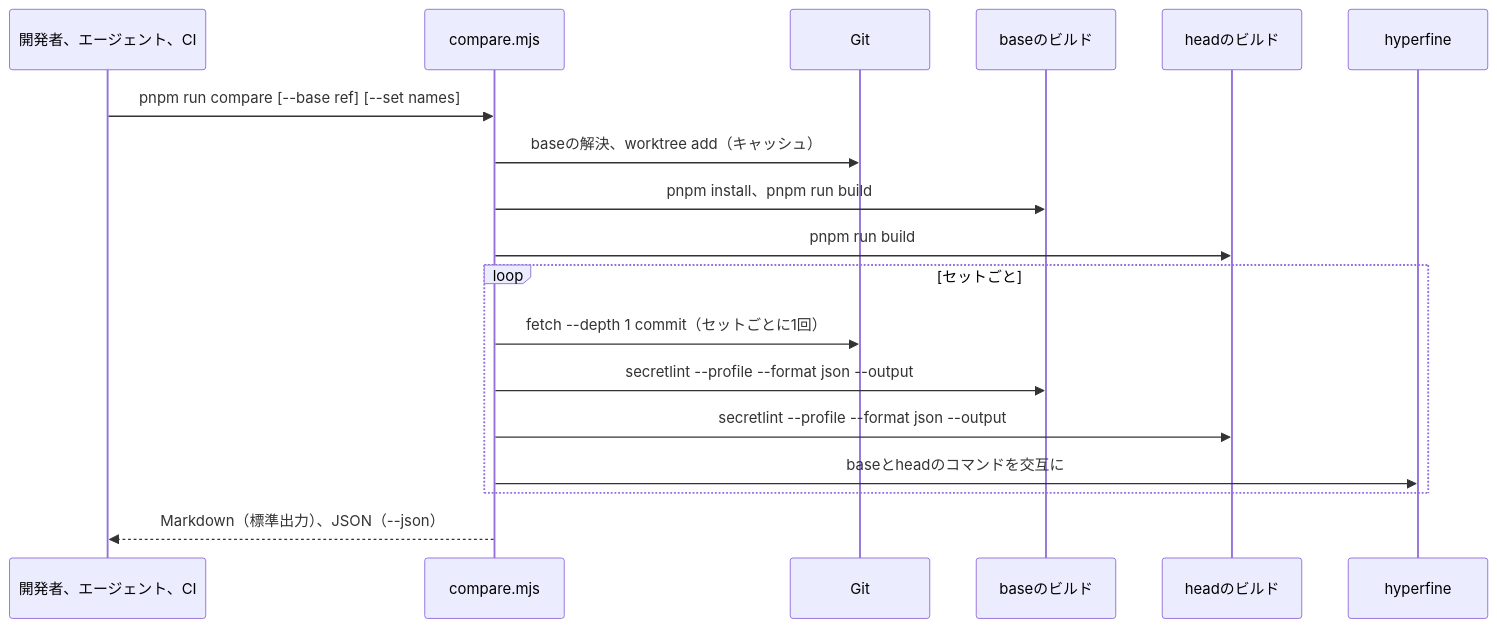
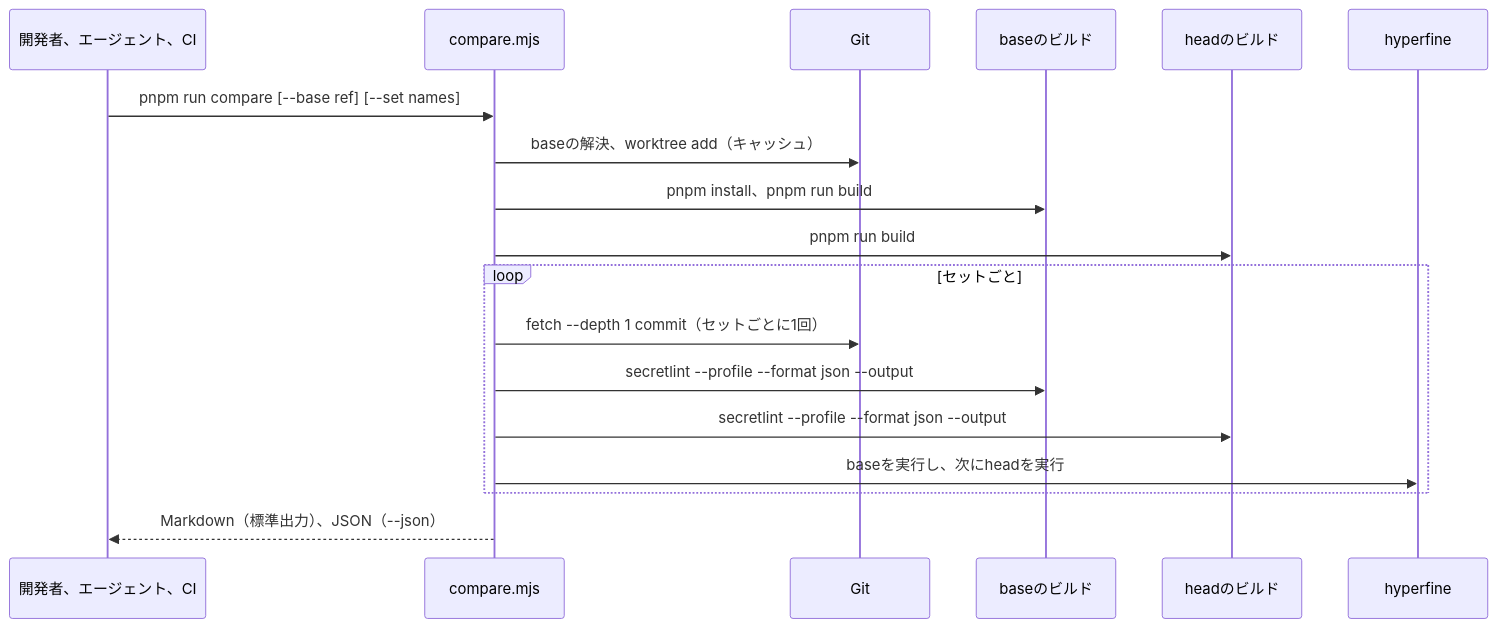
Before and after one commit to secretlint/secretlint: the diagram in docs/products/secretlint/features/change-comparison/design.ja.md, drawn with Mermaid. The commit also changed other lines of this file and 9 other files, not shown here.

````diff
--- a/docs/products/secretlint/features/change-comparison/design.ja.md
+++ b/docs/products/secretlint/features/change-comparison/design.ja.md
@@ -50,20 +50,20 @@
 ```mermaid
 sequenceDiagram
     participant Dev as 開発者、エージェント、CI
     participant Script as compare.mjs
     participant Git
     participant Base as baseのビルド
     participant Head as headのビルド
     participant HF as hyperfine
     Dev->>Script: pnpm run compare [--base ref] [--set names]
     Script->>Git: baseの解決、worktree add（キャッシュ）
     Script->>Base: pnpm install、pnpm run build
     Script->>Head: pnpm run build
     loop セットごと
         Script->>Git: fetch --depth 1 commit（セットごとに1回）
         Script->>Base: secretlint --profile --format json --output
         Script->>Head: secretlint --profile --format json --output
-        Script->>HF: baseとheadのコマンドを交互に
+        Script->>HF: baseを実行し、次にheadを実行
     end
     Script-->>Dev: Markdown（標準出力）、JSON（--json）
 ```
````
